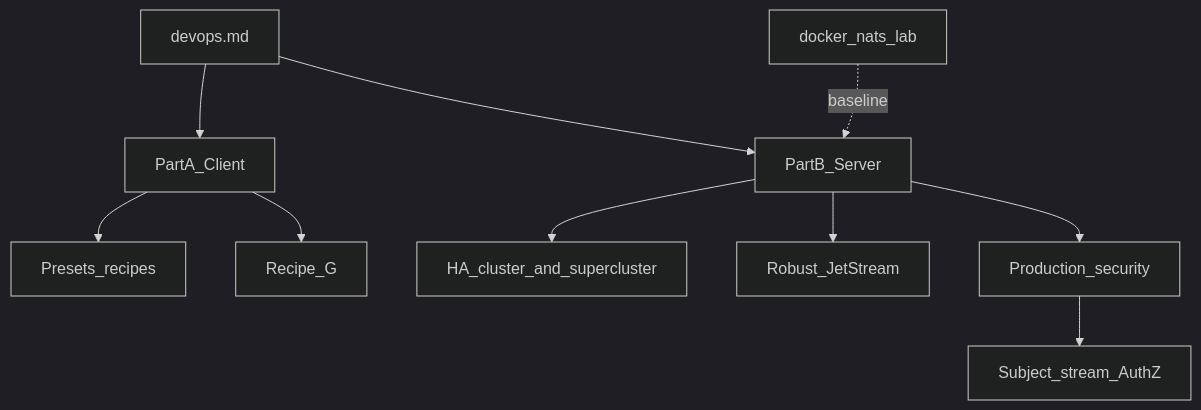
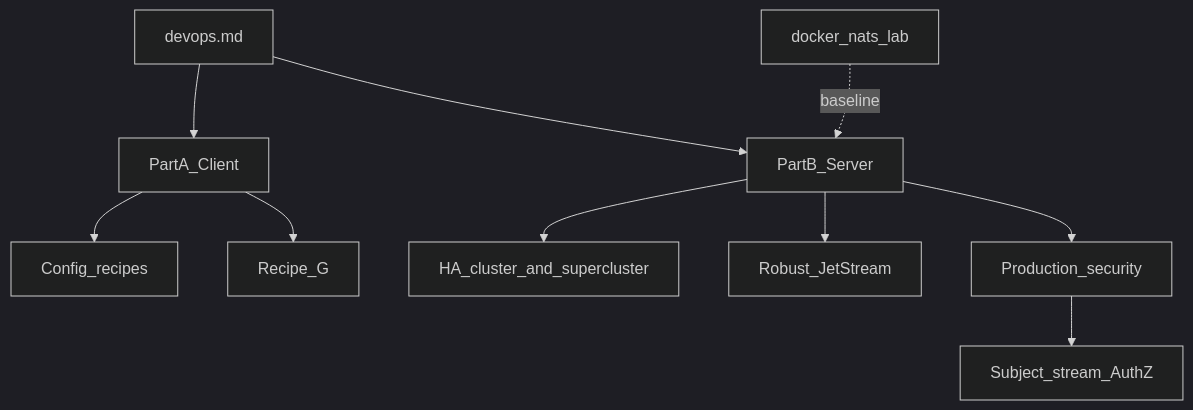
One commit to gopherust-io/nats changed the first of 4 diagrams in docs/nats/devops.md. Above: the diagram before and after it, drawn with Mermaid (dark theme). The commit also changed other lines of this file and 79 other files, not shown here.

````diff
--- a/docs/nats/devops.md
+++ b/docs/nats/devops.md
@@ -8,13 +8,13 @@
 ```mermaid
 flowchart TB
   devops[devops.md]
   devops --> client[PartA_Client]
   devops --> server[PartB_Server]
   server --> ha[HA_cluster_and_supercluster]
   server --> robust[Robust_JetStream]
   server --> sec[Production_security]
   sec --> authz[Subject_stream_AuthZ]
   lab[docker_nats_lab] -.->|baseline| server
-  client --> presets[Presets_recipes]
+  client --> recipes[Config_recipes]
   client --> recipeG[Recipe_G]
 ```
````
